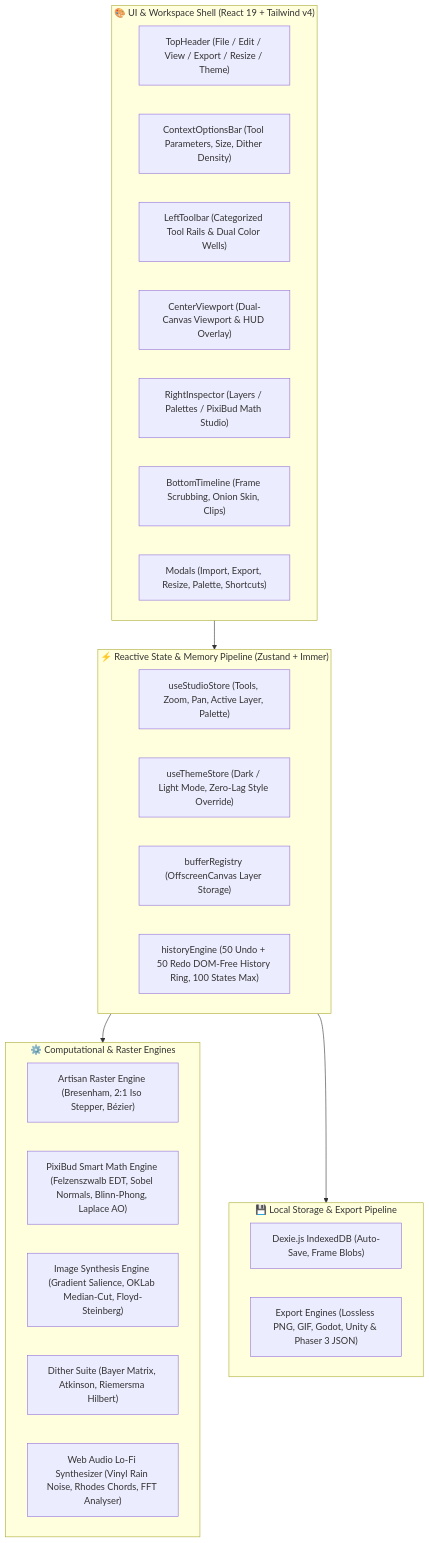
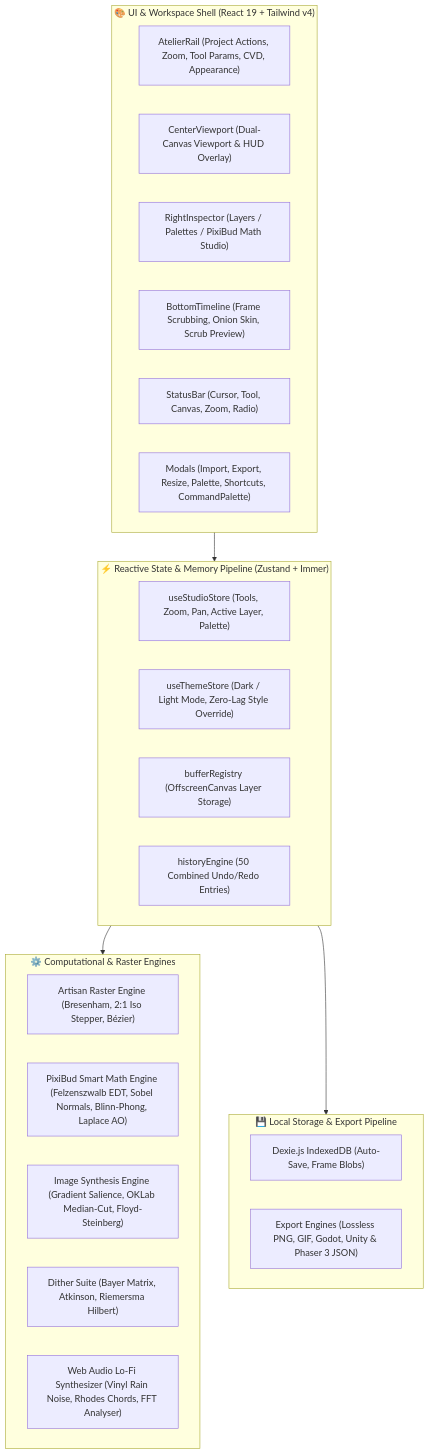
One commit to lxcario/PixiBun changed the first of 7 diagrams in ARCHITECTURE.md. Above: the diagram before and after it, drawn with Mermaid. The commit also changed other lines of this file and 9 other files, not shown here.

````diff
--- a/ARCHITECTURE.md
+++ b/ARCHITECTURE.md
@@ -17,36 +17,35 @@
 ```mermaid
 graph TD
     subgraph UI_Layer ["🎨 UI & Workspace Shell (React 19 + Tailwind v4)"]
-        TopNav["TopHeader (File / Edit / View / Export / Resize / Theme)"]
-        OptionStrip["ContextOptionsBar (Tool Parameters, Size, Dither Density)"]
-        LeftRail["LeftToolbar (Categorized Tool Rails & Dual Color Wells)"]
+        AtelierRail["AtelierRail (Project Actions, Zoom, Tool Params, CVD, Appearance)"]
         ViewportShell["CenterViewport (Dual-Canvas Viewport & HUD Overlay)"]
         RightStudio["RightInspector (Layers / Palettes / PixiBud Math Studio)"]
-        TimelineDock["BottomTimeline (Frame Scrubbing, Onion Skin, Clips)"]
-        Modals["Modals (Import, Export, Resize, Palette, Shortcuts)"]
+        TimelineDock["BottomTimeline (Frame Scrubbing, Onion Skin, Scrub Preview)"]
+        StatusBar["StatusBar (Cursor, Tool, Canvas, Zoom, Radio)"]
+        Modals["Modals (Import, Export, Resize, Palette, Shortcuts, CommandPalette)"]
     end
 
     subgraph State_Layer ["⚡ Reactive State & Memory Pipeline (Zustand + Immer)"]
         Store["useStudioStore (Tools, Zoom, Pan, Active Layer, Palette)"]
         Theme["useThemeStore (Dark / Light Mode, Zero-Lag Style Override)"]
         BufferReg["bufferRegistry (OffscreenCanvas Layer Storage)"]
-        UndoRedo["historyEngine (50 Undo + 50 Redo DOM-Free History Ring, 100 States Max)"]
+        UndoRedo["historyEngine (50 Combined Undo/Redo Entries)"]
     end
 
     subgraph Core_Engines ["⚙️ Computational & Raster Engines"]
         RasterCore["Artisan Raster Engine (Bresenham, 2:1 Iso Stepper, Bézier)"]
         MathCore["PixiBud Smart Math Engine (Felzenszwalb EDT, Sobel Normals, Blinn-Phong, Laplace AO)"]
         PixelizeCore["Image Synthesis Engine (Gradient Salience, OKLab Median-Cut, Floyd-Steinberg)"]
         DitherCore["Dither Suite (Bayer Matrix, Atkinson, Riemersma Hilbert)"]
         AudioCore["Web Audio Lo-Fi Synthesizer (Vinyl Rain Noise, Rhodes Chords, FFT Analyser)"]
     end
 
     subgraph Storage_Layer ["💾 Local Storage & Export Pipeline"]
         DexieDB["Dexie.js IndexedDB (Auto-Save, Frame Blobs)"]
         Exporter["Export Engines (Lossless PNG, GIF, Godot, Unity & Phaser 3 JSON)"]
     end
 
     UI_Layer --> State_Layer
     State_Layer --> Core_Engines
     State_Layer --> Storage_Layer
 ```
````
